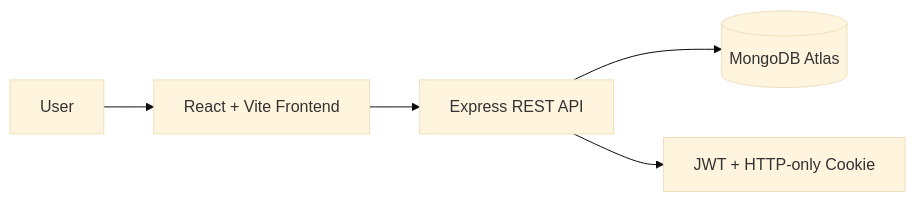
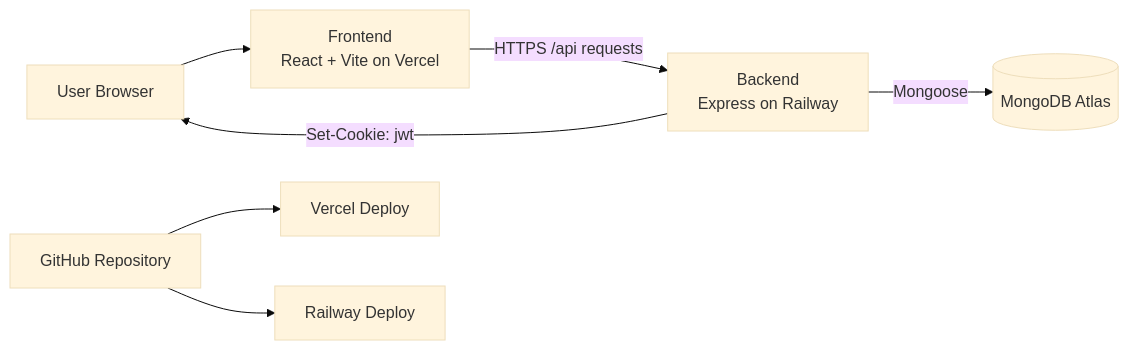
One commit to Saurav11343/click-chat changed the second of 3 diagrams in README.md. Above: the diagram before and after it, drawn with Mermaid (base theme). The commit also changed other lines of this file, not shown here.

````diff
--- a/README.md
+++ b/README.md
@@ -157,7 +190,9 @@
 ```mermaid
 flowchart LR
-    User[User] --> Frontend[React + Vite Frontend]
-    Frontend --> API[Express REST API]
-    API --> DB[(MongoDB Atlas)]
-    API --> Auth[JWT + HTTP-only Cookie]
+    U[User Browser] --> F[Frontend<br/>React + Vite on Vercel]
+    F -->|HTTPS /api requests| B[Backend<br/>Express on Railway]
+    B -->|Mongoose| D[(MongoDB Atlas)]
+    B -->|Set-Cookie: jwt| U
+    G[GitHub Repository] --> V[Vercel Deploy]
+    G --> R[Railway Deploy]
 ```
````
